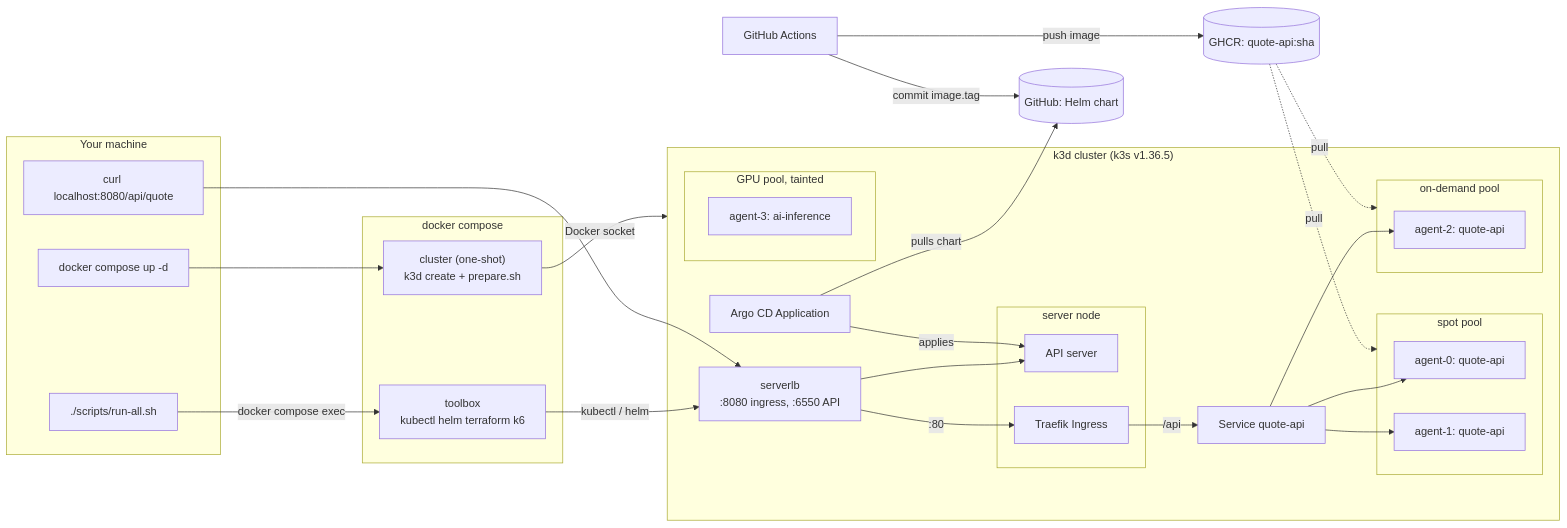
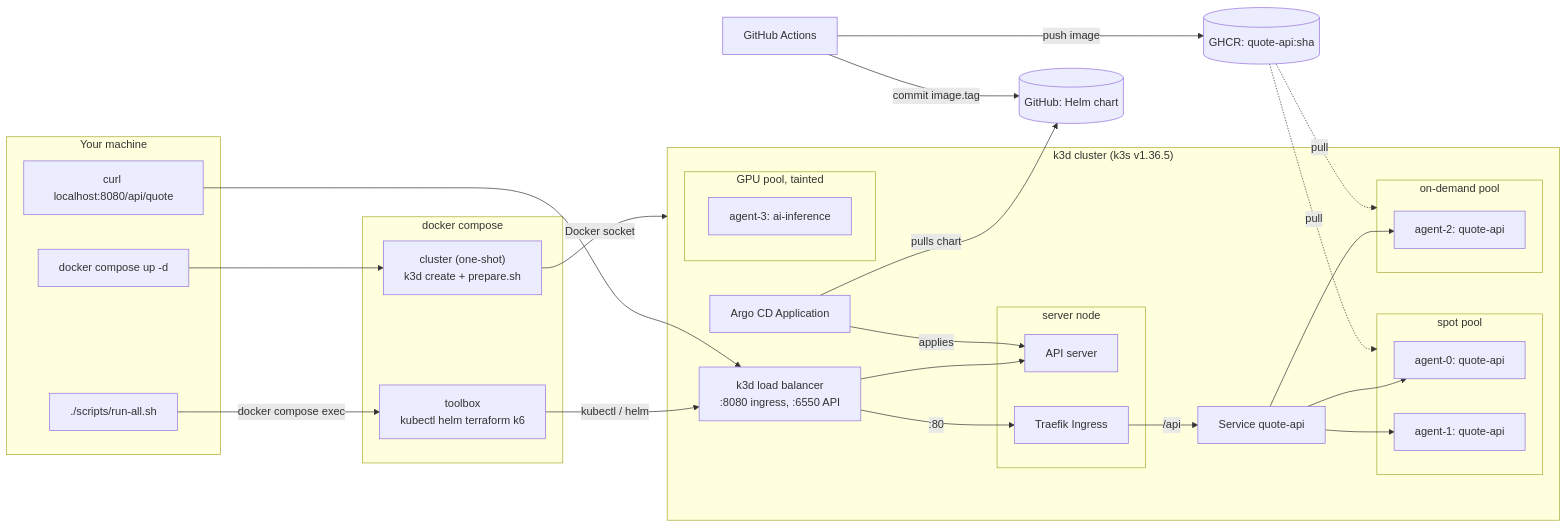
Before and after one commit to QuagHug/quote-platform: the diagram in README.md, drawn with Mermaid. The commit also changed other lines of this file and 6 other files, not shown here.

````diff
--- a/README.md
+++ b/README.md
@@ -21,43 +21,43 @@
 ```mermaid
 flowchart LR
   subgraph host["Your machine"]
     up["docker compose up -d"]
     run["./scripts/run-all.sh"]
     curl["curl localhost:8080/api/quote"]
   end
   subgraph compose["docker compose"]
     cluster["cluster (one-shot)<br/>k3d create + prepare.sh"]
     tb["toolbox<br/>kubectl helm terraform k6"]
   end
   subgraph k3d["k3d cluster (k3s v1.36.5)"]
-    lb["serverlb<br/>:8080 ingress, :6550 API"]
+    lb["k3d load balancer<br/>:8080 ingress, :6550 API"]
     subgraph srv["server node"]
       api["API server"]
       traefik["Traefik Ingress"]
     end
     argocd["Argo CD Application"]
     svc["Service quote-api"]
     subgraph spot["spot pool"]
       s1["agent-0: quote-api"]
       s2["agent-1: quote-api"]
     end
     subgraph od["on-demand pool"]
       o1["agent-2: quote-api"]
     end
     subgraph gpu["GPU pool, tainted"]
       g1["agent-3: ai-inference"]
     end
   end
   gh[("GitHub: Helm chart")]
   ghcr[("GHCR: quote-api:sha")]
   ci["GitHub Actions"]
 
   up --> cluster -->|"Docker socket"| k3d
   run -->|"docker compose exec"| tb -->|"kubectl / helm"| lb --> api
   curl --> lb -->|":80"| traefik -->|"/api"| svc --> s1 & s2 & o1
   argocd -->|"pulls chart"| gh
   argocd -->|"applies"| api
   ci -->|"push image"| ghcr
   ci -->|"commit image.tag"| gh
   ghcr -.->|"pull"| spot & od
 ```
````
